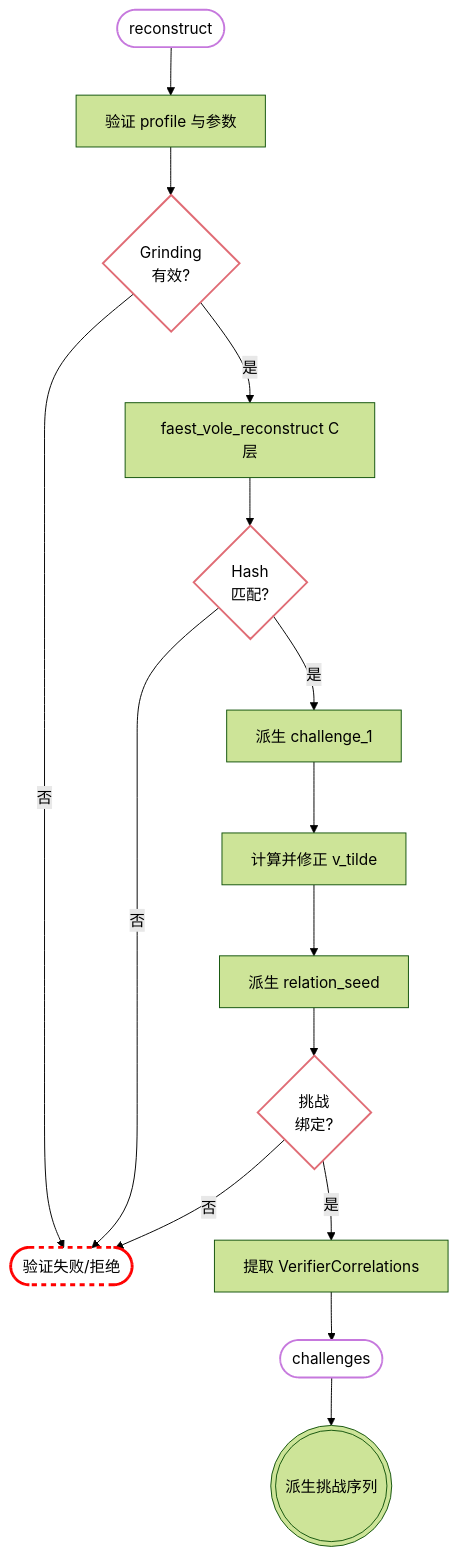
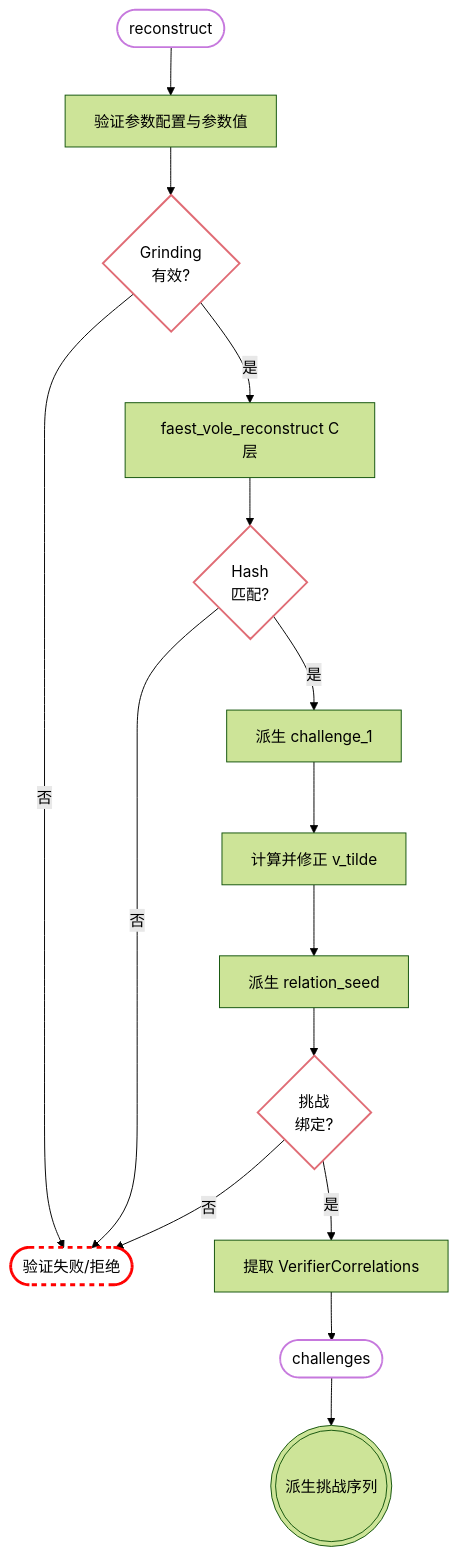
One commit to coperlm/CodeBasedZKPwithVOLEitH_README changed the second of 3 diagrams in src/3_VOLEitH状态机与FFI.md. Above: the diagram before and after it, drawn with Mermaid (forest theme). The commit also changed other lines of this file and 6 other files, not shown here.

````diff
--- a/src/3_VOLEitH状态机与FFI.md
+++ b/src/3_VOLEitH状态机与FFI.md
@@ -269,29 +269,29 @@
 ```mermaid
 graph TD
-    A([reconstruct]) --> B[验证 profile 与参数]
+    A([reconstruct]) --> B[验证参数配置与参数值]
     B --> C{Grinding<br/>有效?}
     
     C -->|否| Reject([验证失败/拒绝])
     C -->|是| D[faest_vole_reconstruct C层]
     
     D --> E{Hash<br/>匹配?}
     E -->|否| Reject
     E -->|是| F[派生 challenge_1]
     
     F --> G[计算并修正 v_tilde]
     G --> H[派生 relation_seed]
     
     H --> I{挑战<br/>绑定?}
     I -->|否| Reject
     I -->|是| J[提取 VerifierCorrelations]
     
     J --> K([challenges])
     K --> L(((派生挑战序列)))
 
     style A fill:none,stroke:#c678dd,stroke-width:2px
     style K fill:none,stroke:#c678dd,stroke-width:2px
     style C fill:none,stroke:#e06c75,stroke-width:2px
     style E fill:none,stroke:#e06c75,stroke-width:2px
     style I fill:none,stroke:#e06c75,stroke-width:2px
     style Reject fill:none,stroke:#ff0000,stroke-width:3px,stroke-dasharray: 5 5
 ```
````
